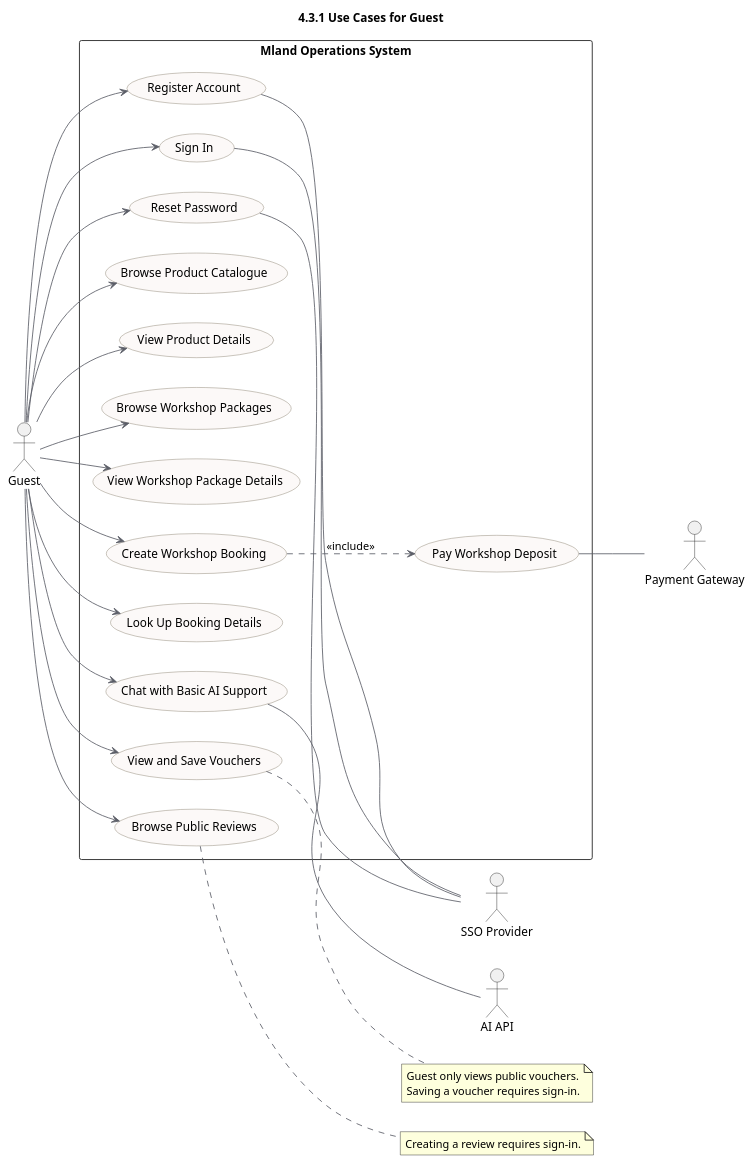
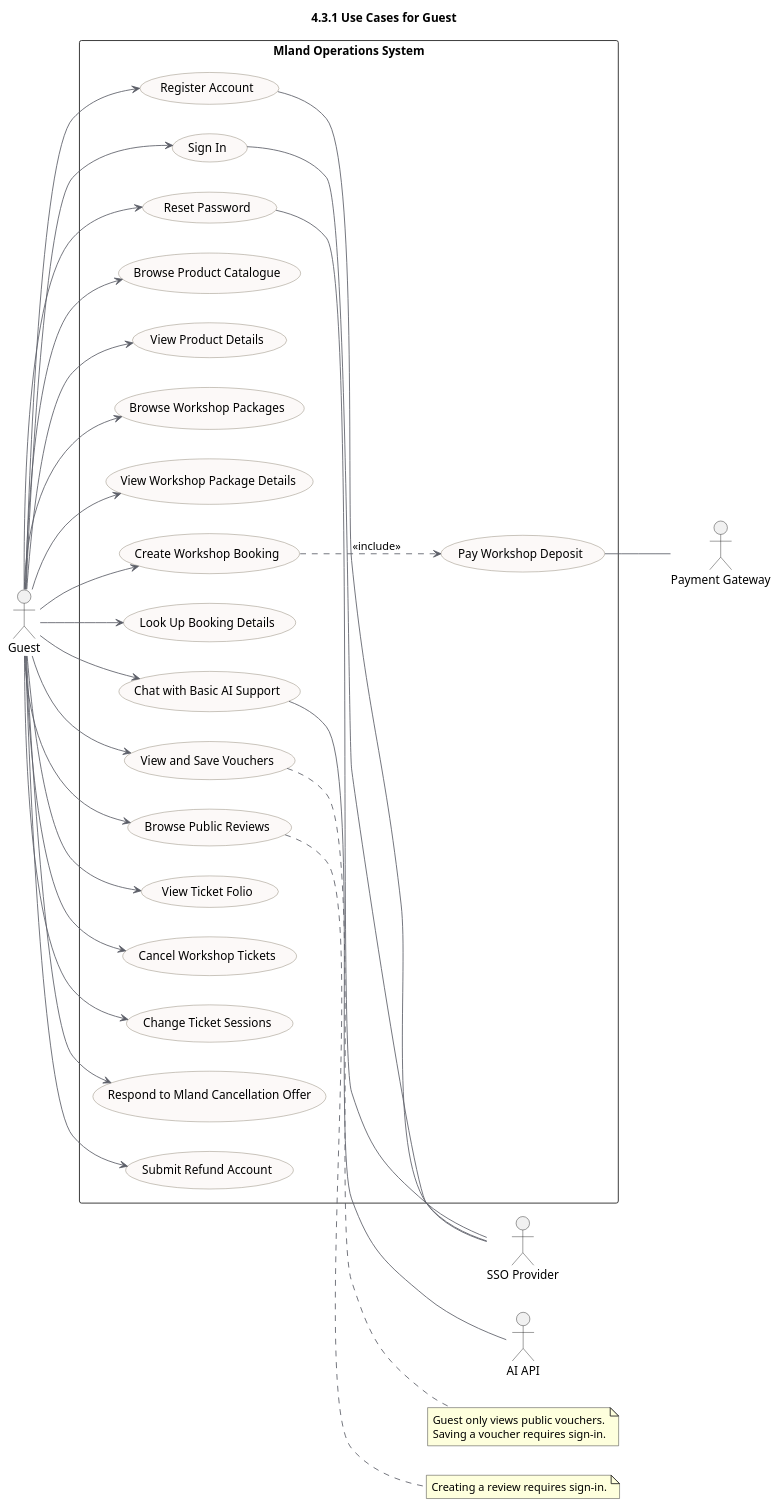
One commit to quoc-ca/mland-operations-hub changed the diagram in documents/docs/report-3-software-requirement-specification/assets/diagrams/use-cases/02-guest-only.puml. Above: the diagram before and after it, drawn with PlantUML. The commit also changed 5 other files, not shown here.

```diff
--- a/documents/docs/report-3-software-requirement-specification/assets/diagrams/use-cases/02-guest-only.puml
+++ b/documents/docs/report-3-software-requirement-specification/assets/diagrams/use-cases/02-guest-only.puml
@@ -1,63 +1,73 @@
 @startuml
 !pragma charset UTF-8
 title 4.3.1 Use Cases for Guest
 left to right direction
 skinparam shadowing false
 skinparam usecase {
   BackgroundColor #FCF9F8
   BorderColor #807663
   ArrowColor #5B5E67
 }
 
 actor Guest
 
 actor "SSO Provider" as SSO
 actor "Payment Gateway" as Pay
 actor "AI API" as AI
 
 rectangle "Mland Operations System" {
   usecase "Register Account" as UC01
   usecase "Sign In" as UC02
   usecase "Reset Password" as UC03
   usecase "Browse Product Catalogue" as UC10
   usecase "View Product Details" as UC11
   usecase "Browse Workshop Packages" as UC19
   usecase "View Workshop Package Details" as UC20
   usecase "Create Workshop Booking" as UC21
   usecase "Pay Workshop Deposit" as UC22
   usecase "Look Up Booking Details" as UC23
   usecase "Chat with Basic AI Support" as UC33
   usecase "View and Save Vouchers" as UC47
   usecase "Browse Public Reviews" as UC74
+  usecase "View Ticket Folio" as UC77
+  usecase "Cancel Workshop Tickets" as UC84
+  usecase "Change Ticket Sessions" as UC85
+  usecase "Respond to Mland Cancellation Offer" as UC88
+  usecase "Submit Refund Account" as UC89
 }
 
 Guest --> UC01
 Guest --> UC02
 Guest --> UC03
 Guest --> UC10
 Guest --> UC11
 Guest --> UC19
 Guest --> UC20
 Guest --> UC21
 Guest --> UC23
 Guest --> UC33
 Guest --> UC47
 Guest --> UC74
+Guest --> UC77
+Guest --> UC84
+Guest --> UC85
+Guest --> UC88
+Guest --> UC89
 
 UC21 ..> UC22 : <<include>>
 
 UC01 -- SSO
 UC02 -- SSO
 UC03 -- SSO
 UC22 -- Pay
 UC33 -- AI
 
 note right of UC47
 Guest only views public vouchers.
 Saving a voucher requires sign-in.
 end note
 
 note right of UC74
 Creating a review requires sign-in.
 end note
 @enduml
```
